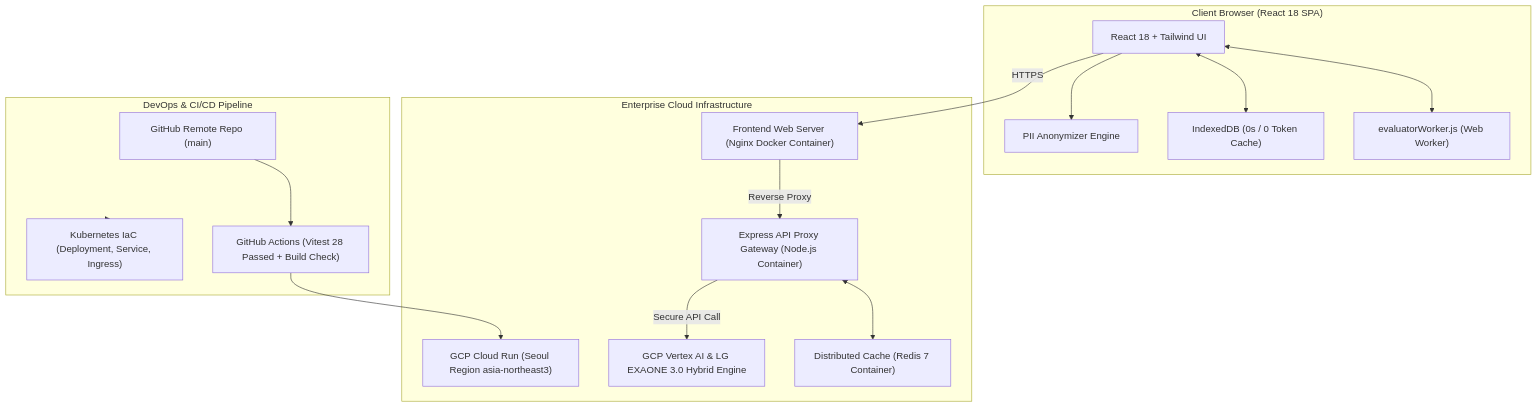
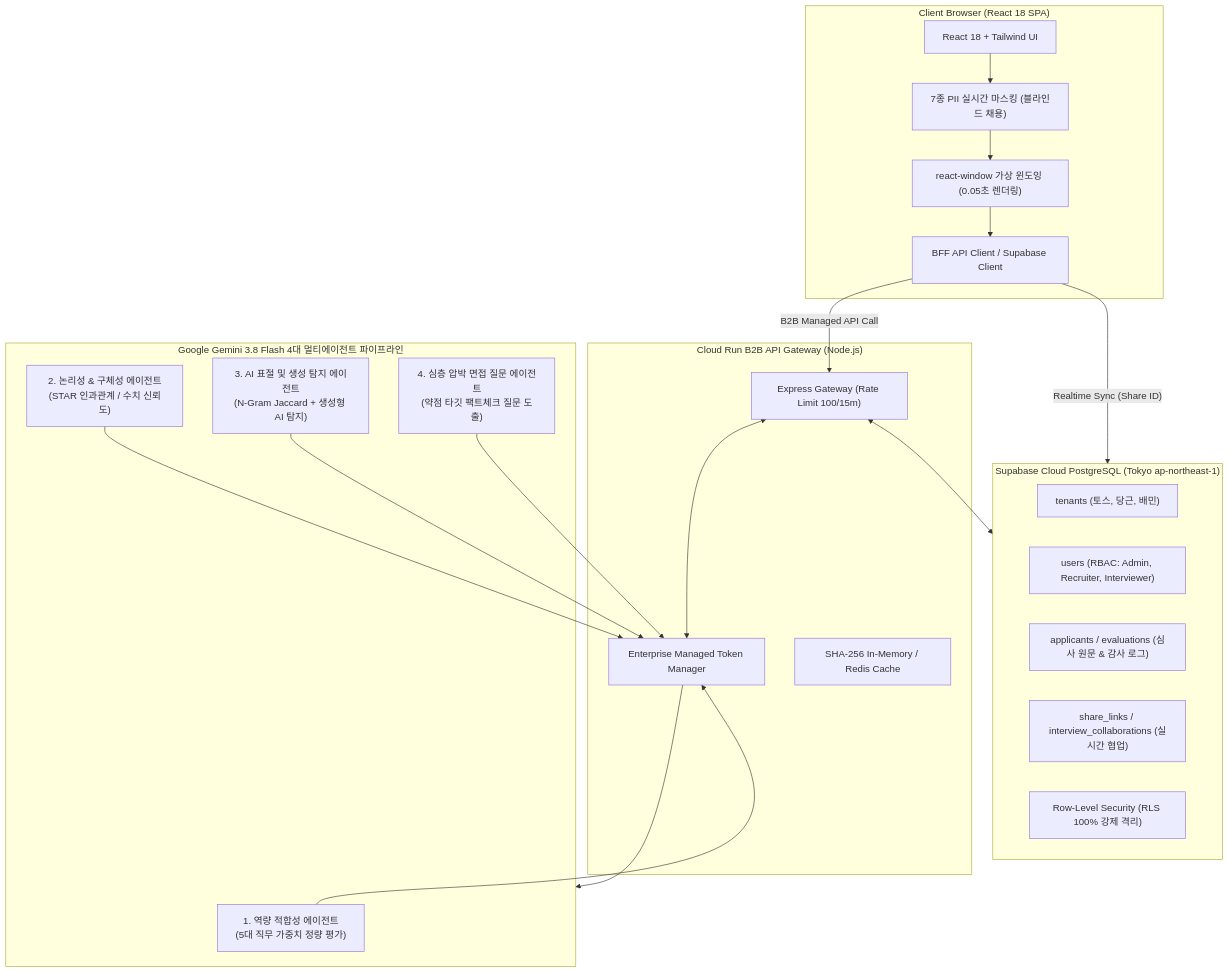
The second of 2 diagrams in README.md (jcm0314/CapStone-SW-), drawn with Mermaid before and after one commit. The commit also changed other lines of this file, not shown here.

Commit message:
docs: GitHub 저장소 README.md 엔터프라이즈 리뉴얼 (Supabase RLS, B2B 일괄 결제, ADR 매핑)

````diff
--- a/README.md
+++ b/README.md
@@ -77,34 +50,40 @@
 ```mermaid
 flowchart TD
     subgraph Client ["Client Browser (React 18 SPA)"]
         UI["React 18 + Tailwind UI"]
-        WW["evaluatorWorker.js (Web Worker)"]
-        DB["IndexedDB (0s / 0 Token Cache)"]
-        PII["PII Anonymizer Engine"]
+        GW_CLIENT["BFF API Client / Supabase Client"]
+        PII["7종 PII 실시간 마스킹 (블라인드 채용)"]
+        VIRTUAL["react-window 가상 윈도잉 (0.05초 렌더링)"]
     end
 
-    subgraph Infrastructure ["Enterprise Cloud Infrastructure"]
-        NGINX["Frontend Web Server (Nginx Docker Container)"]
-        GW["Express API Proxy Gateway (Node.js Container)"]
-        REDIS["Distributed Cache (Redis 7 Container)"]
-        GCP["GCP Cloud Run (Seoul Region asia-northeast3)"]
-        AI["GCP Vertex AI & LG EXAONE 3.0 Hybrid Engine"]
+    subgraph BackendGateway ["Cloud Run B2B API Gateway (Node.js)"]
+        EXPRESS["Express Gateway (Rate Limit 100/15m)"]
+        B2B_TOKEN["Enterprise Managed Token Manager"]
+        CACHE["SHA-256 In-Memory / Redis Cache"]
     end
 
-    subgraph DevOps ["DevOps & CI/CD Pipeline"]
-        GH["GitHub Remote Repo (main)"]
-        GA["GitHub Actions (Vitest 28 Passed + Build Check)"]
-        K8S["Kubernetes IaC (Deployment, Service, Ingress)"]
+    subgraph MultiAgentEngine ["Google Gemini 3.8 Flash 4대 멀티에이전트 파이프라인"]
+        A1["1. 역량 적합성 에이전트<br>(5대 직무 가중치 정량 평가)"]
+        A2["2. 논리성 & 구체성 에이전트<br>(STAR 인과관계 / 수치 신뢰도)"]
+        A3["3. AI 표절 및 생성 탐지 에이전트<br>(N-Gram Jaccard + 생성형 AI 탐지)"]
+        A4["4. 심층 압박 면접 질문 에이전트<br>(약점 타깃 팩트체크 질문 도출)"]
     end
 
-    UI <--> WW
-    UI <--> DB
+    subgraph CloudDatabase ["Supabase Cloud PostgreSQL (Tokyo ap-northeast-1)"]
+        TENANTS["tenants (토스, 당근, 배민)"]
+        USERS["users (RBAC: Admin, Recruiter, Interviewer)"]
+        EVALS["applicants / evaluations (심사 원문 & 감사 로그)"]
+        SHARE["share_links / interview_collaborations (실시간 협업)"]
+        RLS["Row-Level Security (RLS 100% 강제 격리)"]
+    end
+
     UI --> PII
-    UI -- HTTPS --> NGINX
-    NGINX -- Reverse Proxy --> GW
-    GW <--> REDIS
-    GW -- Secure API Call --> AI
-    GH --> GA
-    GA --> GCP
-    DevOps --> K8S
+    PII --> VIRTUAL
+    VIRTUAL --> GW_CLIENT
+    GW_CLIENT -- B2B Managed API Call --> EXPRESS
+    EXPRESS <--> B2B_TOKEN
+    B2B_TOKEN --> MultiAgentEngine
+    A1 & A2 & A3 & A4 --> B2B_TOKEN
+    EXPRESS <--> CloudDatabase
+    GW_CLIENT -- Realtime Sync (Share ID) --> CloudDatabase
 ```
````
